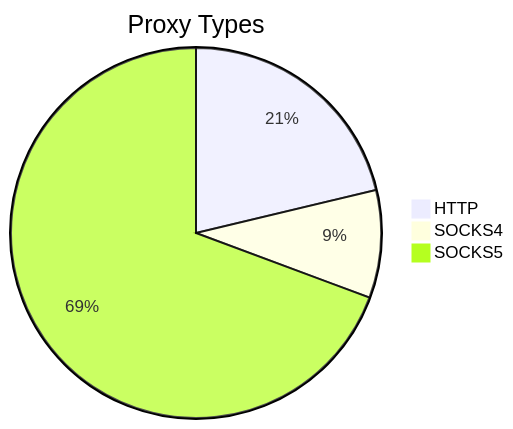
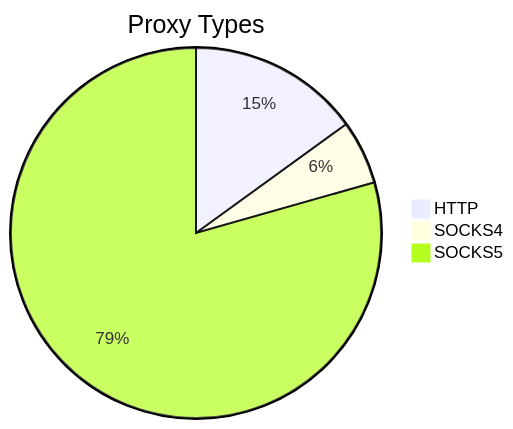
One commit to stormsia/proxy-list changed the first of 2 diagrams in README.md. Above: the diagram before and after it, drawn with Mermaid. The commit also changed other lines of this file, not shown here.

````diff
--- a/README.md
+++ b/README.md
@@ -21,6 +21,6 @@
 ```mermaid
 pie title Proxy Types
-    "HTTP" : 165
-    "SOCKS4" : 73
-    "SOCKS5" : 538
+    "HTTP" : 105
+    "SOCKS4" : 39
+    "SOCKS5" : 555
 ```
````
